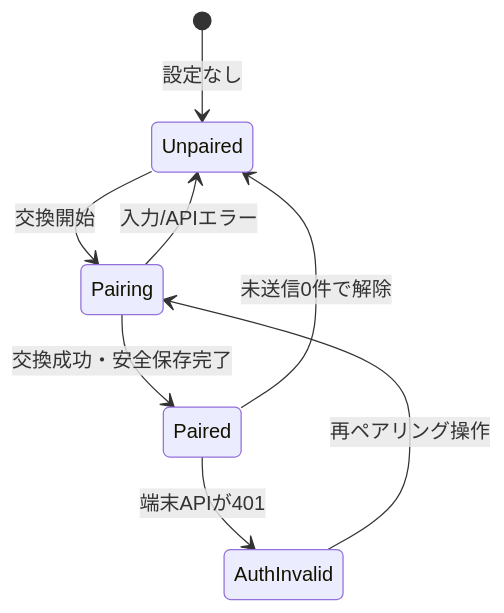
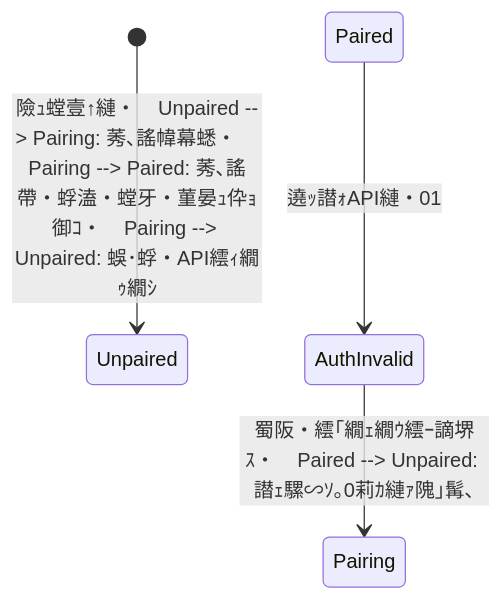
The second of 3 diagrams in docs/android-punch-reader-design.md (xsysjapan/flow-office-android-app), drawn with Mermaid before and after one commit. The commit also changed other lines of this file and 56 other files, not shown here.

````diff
--- a/docs/android-punch-reader-design.md
+++ b/docs/android-punch-reader-design.md
@@ -241,10 +205,6 @@
 ```mermaid
 stateDiagram-v2
-    [*] --> Unpaired: 設定なし
-    Unpaired --> Pairing: 交換開始
-    Pairing --> Paired: 交換成功・安全保存完了
-    Pairing --> Unpaired: 入力/APIエラー
-    Paired --> AuthInvalid: 端末APIが401
-    AuthInvalid --> Pairing: 再ペアリング操作
-    Paired --> Unpaired: 未送信0件で解除
+    [*] --> Unpaired: 險ｭ螳壹↑縺・    Unpaired --> Pairing: 莠､謠幃幕蟋・    Pairing --> Paired: 莠､謠帶・蜉溘・螳牙・菫晏ｭ伜ｮ御ｺ・    Pairing --> Unpaired: 蜈･蜉・API繧ｨ繝ｩ繝ｼ
+    Paired --> AuthInvalid: 遶ｯ譛ｫAPI縺・01
+    AuthInvalid --> Pairing: 蜀阪・繧｢繝ｪ繝ｳ繧ｰ謫堺ｽ・    Paired --> Unpaired: 譛ｪ騾∽ｿ｡0莉ｶ縺ｧ隗｣髯､
 ```
````
